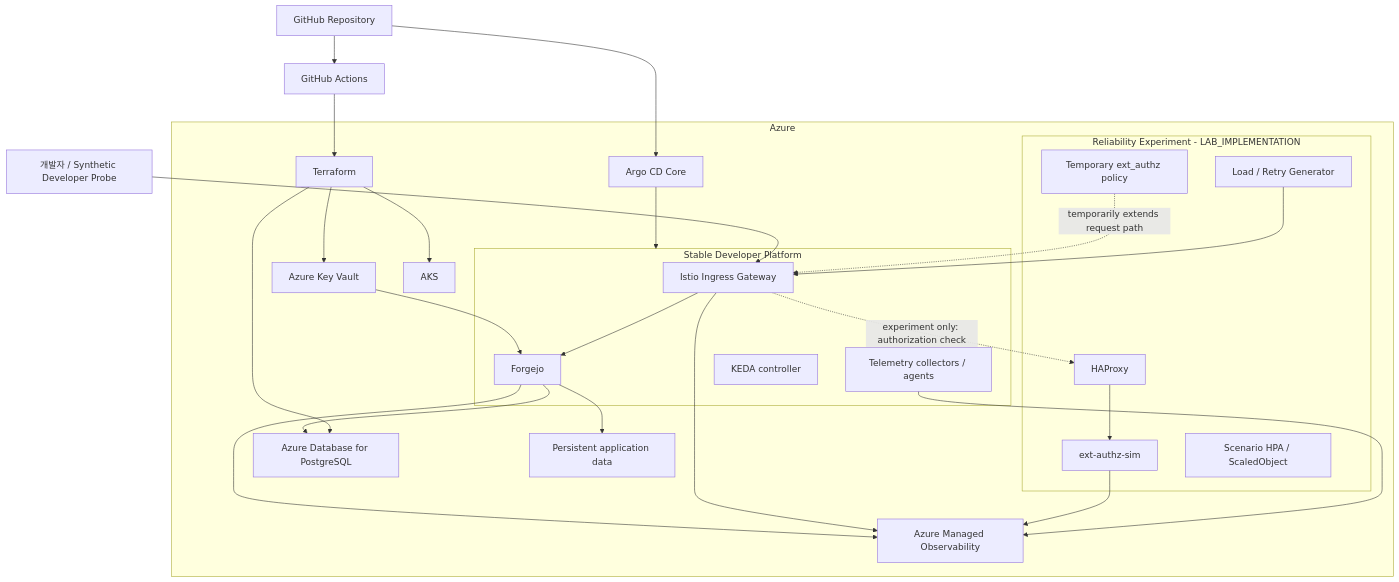
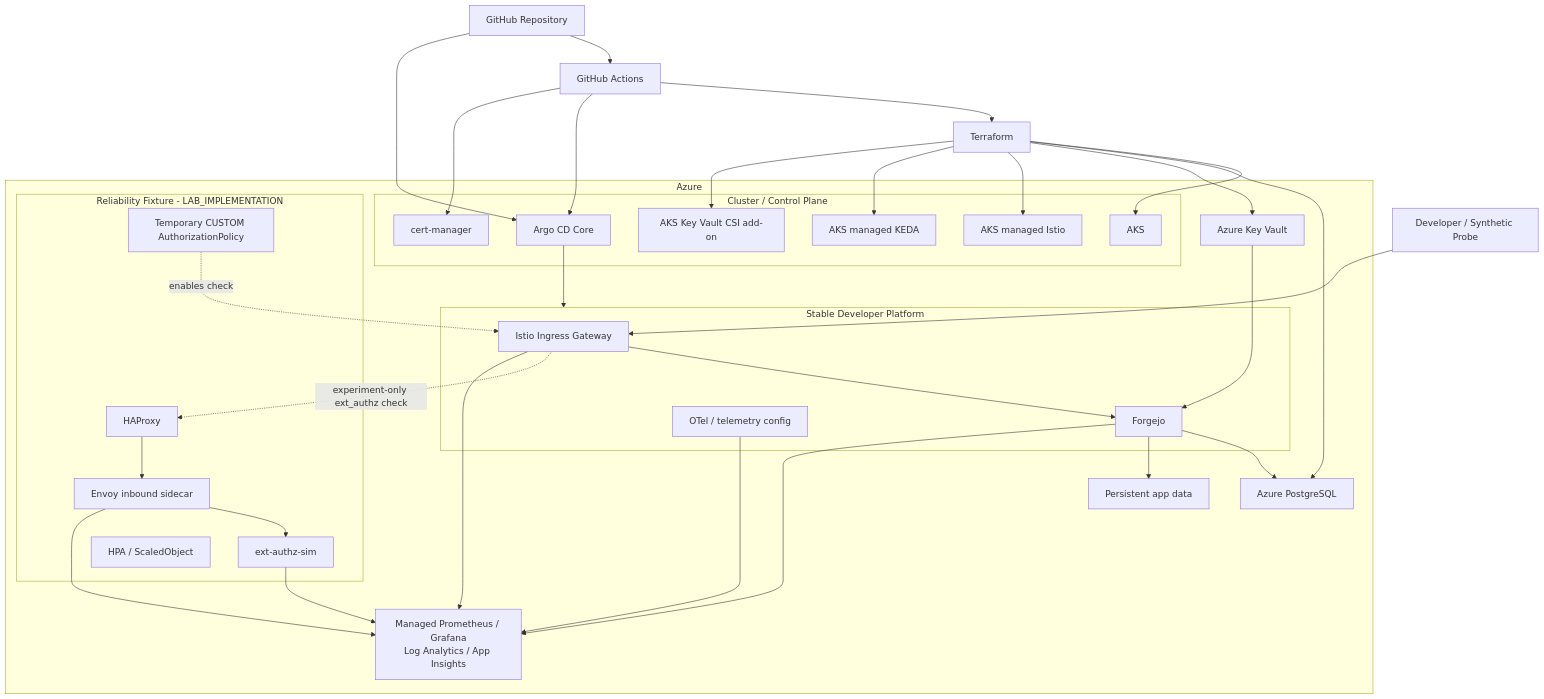
One commit to imcherry5778-labs/github-capacity-cascade-platform-archive changed the diagram in docs/architecture.md. Above: the diagram before and after it, drawn with Mermaid. The commit also changed other lines of this file, not shown here.

Commit message:
docs(architecture): control plane과 experiment topology 정밀화

````diff
--- a/docs/architecture.md
+++ b/docs/architecture.md
@@ -9,59 +13,67 @@
 ```mermaid
 flowchart TB
-    DEV["개발자 / Synthetic Developer Probe"]
+    DEV["Developer / Synthetic Probe"]
     GH["GitHub Repository"]
     CI["GitHub Actions"]
+    TF["Terraform"]
 
     subgraph AZ["Azure"]
-        TF["Terraform"]
-        AKS["AKS"]
-
-        ARGO["Argo CD Core"]
+        subgraph CTRL["Cluster / Control Plane"]
+            AKS["AKS"]
+            MESH["AKS managed Istio"]
+            MKEDA["AKS managed KEDA"]
+            CSI["AKS Key Vault CSI add-on"]
+            ARGO["Argo CD Core"]
+            CERT["cert-manager"]
+        end
 
         subgraph STABLE["Stable Developer Platform"]
-            INGRESS["Istio Ingress Gateway"]
-            FORGEJO["Forgejo"]
-            TEL["Telemetry collectors / agents"]
-            KEDA["KEDA controller"]
+            GW["Istio Ingress Gateway"]
+            F["Forgejo"]
+            TEL["OTel / telemetry config"]
         end
 
-        PG["Azure Database for PostgreSQL"]
-        DISK["Persistent application data"]
+        PG["Azure PostgreSQL"]
+        DISK["Persistent app data"]
         KV["Azure Key Vault"]
+        OBS["Managed Prometheus / Grafana
+Log Analytics / App Insights"]
 
-        subgraph EXP["Reliability Experiment - LAB_IMPLEMENTATION"]
+        subgraph EXP["Reliability Fixture - LAB_IMPLEMENTATION"]
             HAP["HAProxy"]
-            AUTHZ["ext-authz-sim"]
-            POLICY["Temporary ext_authz policy"]
-            SCALE["Scenario HPA / ScaledObject"]
-            LOAD["Load / Retry Generator"]
+            ES["Envoy inbound sidecar"]
+            AUTH["ext-authz-sim"]
+            POLICY["Temporary CUSTOM AuthorizationPolicy"]
+            SCALE["HPA / ScaledObject"]
         end
-
-        OBS["Azure Managed Observability"]
     end
 
     GH --> CI
     CI --> TF
     TF --> AKS
     TF --> PG
     TF --> KV
+    TF --> MESH
+    TF --> MKEDA
+    TF --> CSI
 
+    CI --> ARGO
+    CI --> CERT
     GH --> ARGO
     ARGO --> STABLE
 
-    DEV --> INGRESS --> FORGEJO
-    FORGEJO --> PG
-    FORGEJO --> DISK
+    DEV --> GW --> F
+    F --> PG
+    F --> DISK
+    KV --> F
 
-    LOAD --> INGRESS
-    INGRESS -. "experiment only: authorization check" .-> HAP
-    HAP --> AUTHZ
-    POLICY -. "temporarily extends request path" .-> INGRESS
+    GW -. "experiment-only ext_authz check" .-> HAP
+    HAP --> ES --> AUTH
+    POLICY -. "enables check" .-> GW
 
+    F --> OBS
+    GW --> OBS
+    ES --> OBS
+    AUTH --> OBS
     TEL --> OBS
-    AUTHZ --> OBS
-    INGRESS --> OBS
-    FORGEJO --> OBS
-
-    KV --> FORGEJO
 ```
````
